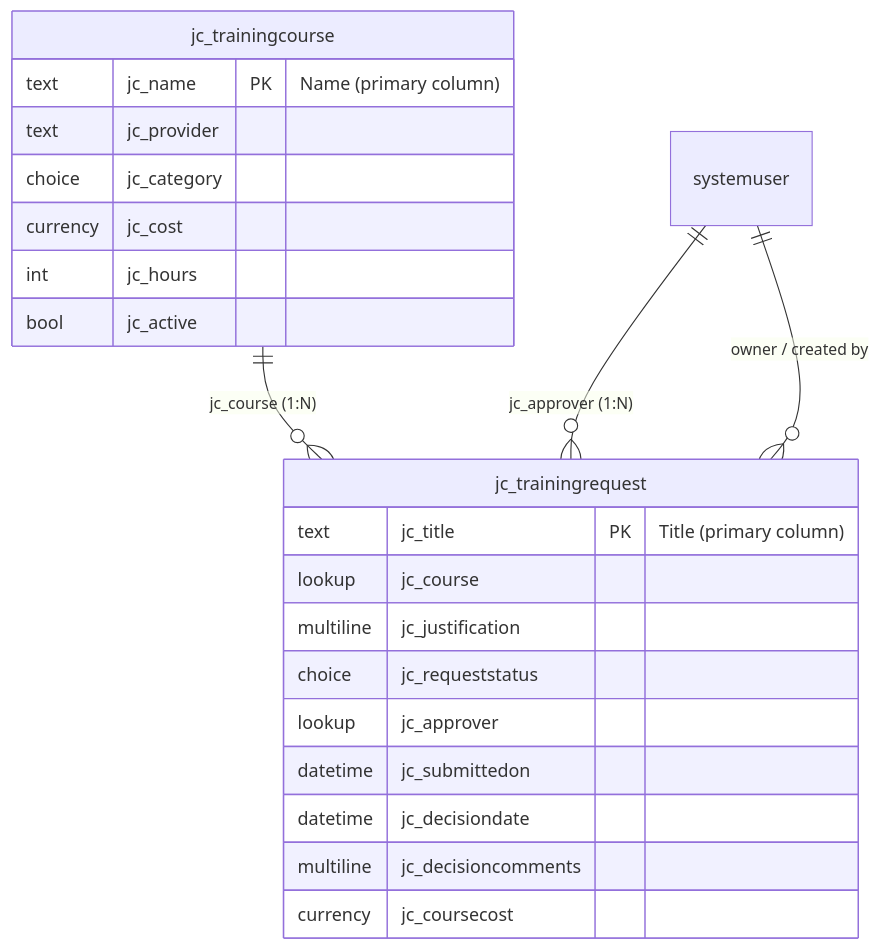
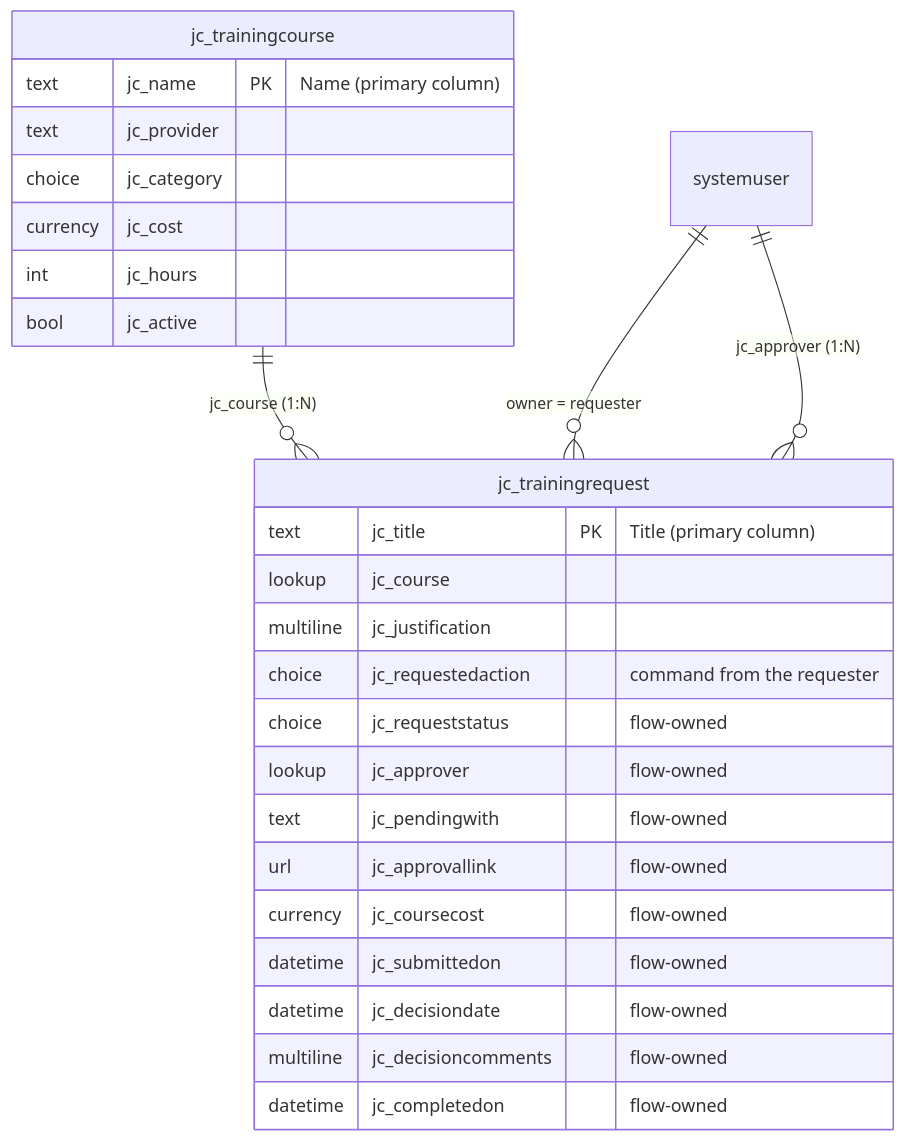
Before and after one commit to jadencutinha/skillpath: the first of 2 diagrams in dataverse/schema.md, drawn with Mermaid. The commit also changed other lines of this file and 38 other files, not shown here.

````diff
--- a/dataverse/schema.md
+++ b/dataverse/schema.md
@@ -9,26 +9,30 @@
 ```mermaid
 erDiagram
     jc_trainingcourse ||--o{ jc_trainingrequest : "jc_course (1:N)"
+    systemuser ||--o{ jc_trainingrequest : "owner = requester"
     systemuser ||--o{ jc_trainingrequest : "jc_approver (1:N)"
-    systemuser ||--o{ jc_trainingrequest : "owner / created by"
 
     jc_trainingcourse {
         text jc_name PK "Name (primary column)"
         text jc_provider
         choice jc_category
         currency jc_cost
         int jc_hours
         bool jc_active
     }
     jc_trainingrequest {
         text jc_title PK "Title (primary column)"
         lookup jc_course
         multiline jc_justification
-        choice jc_requeststatus
-        lookup jc_approver
-        datetime jc_submittedon
-        datetime jc_decisiondate
-        multiline jc_decisioncomments
-        currency jc_coursecost
+        choice jc_requestedaction "command from the requester"
+        choice jc_requeststatus "flow-owned"
+        lookup jc_approver "flow-owned"
+        text jc_pendingwith "flow-owned"
+        url jc_approvallink "flow-owned"
+        currency jc_coursecost "flow-owned"
+        datetime jc_submittedon "flow-owned"
+        datetime jc_decisiondate "flow-owned"
+        multiline jc_decisioncomments "flow-owned"
+        datetime jc_completedon "flow-owned"
     }
 ```
````
